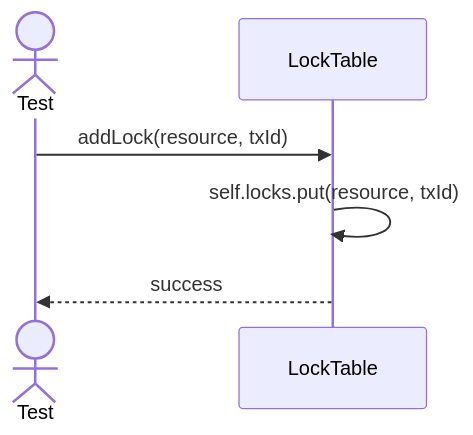
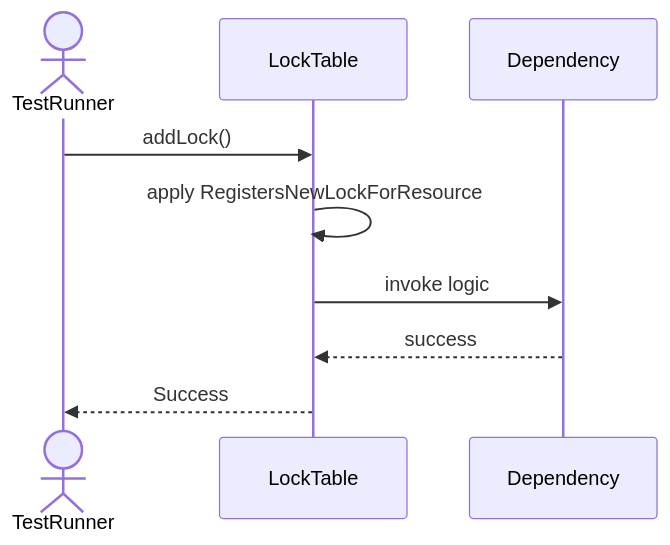
One commit to TamBui1706/DBMS changed the second of 5 diagrams in Sequences/TransactionManagement/LockTable.md. Above: the diagram before and after it, drawn with Mermaid. The commit also changed other lines of this file and 63 other files, not shown here.

Commit message:
Draw sequence diagram for unit tests

````diff
--- a/Sequences/TransactionManagement/LockTable.md
+++ b/Sequences/TransactionManagement/LockTable.md
@@ -27,9 +32,10 @@
 ```mermaid
 sequenceDiagram
-    actor Test
+    actor TestRunner
     participant LockTable
-
-    Test->>LockTable: addLock(resource, txId)
-    LockTable->>LockTable: self.locks.put(resource, txId)
-    LockTable-->>Test: success
+    TestRunner->>LockTable: addLock()
+    LockTable->>LockTable: apply RegistersNewLockForResource
+    LockTable->>Dependency: invoke logic
+    Dependency-->>LockTable: success
+    LockTable-->>TestRunner: Success
 ```
````
